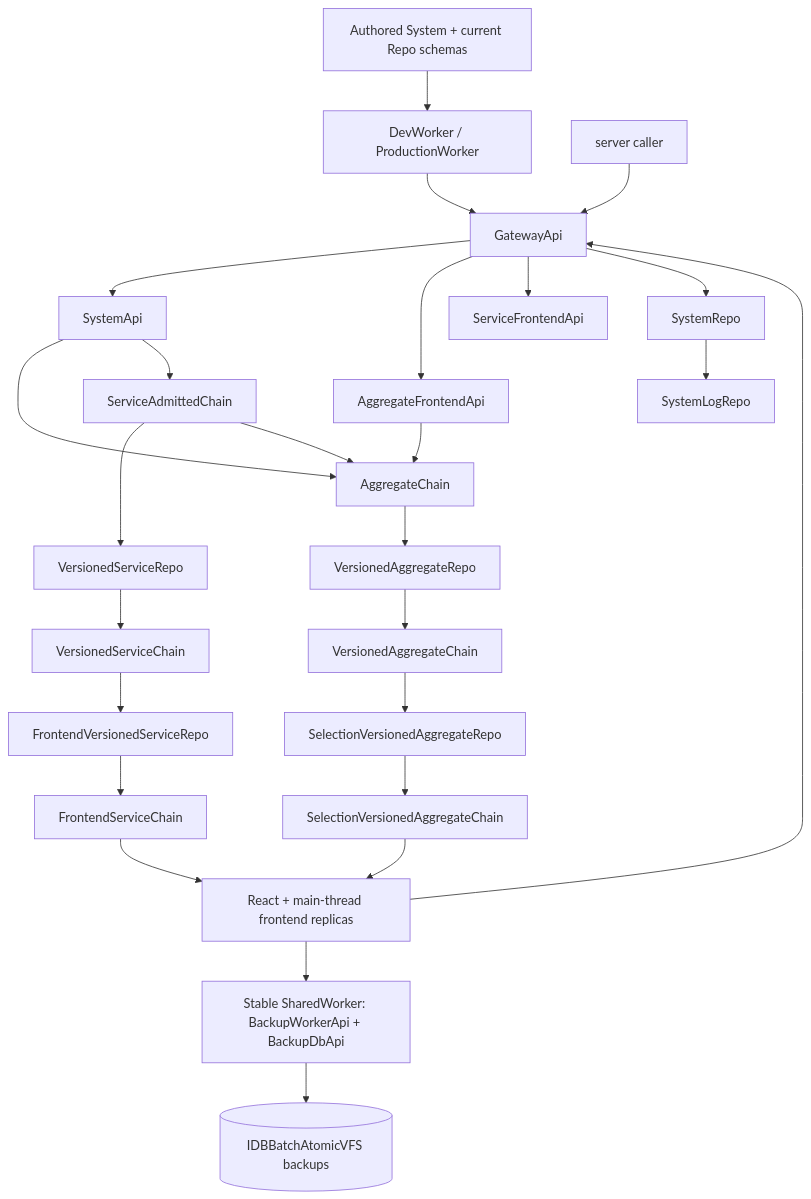
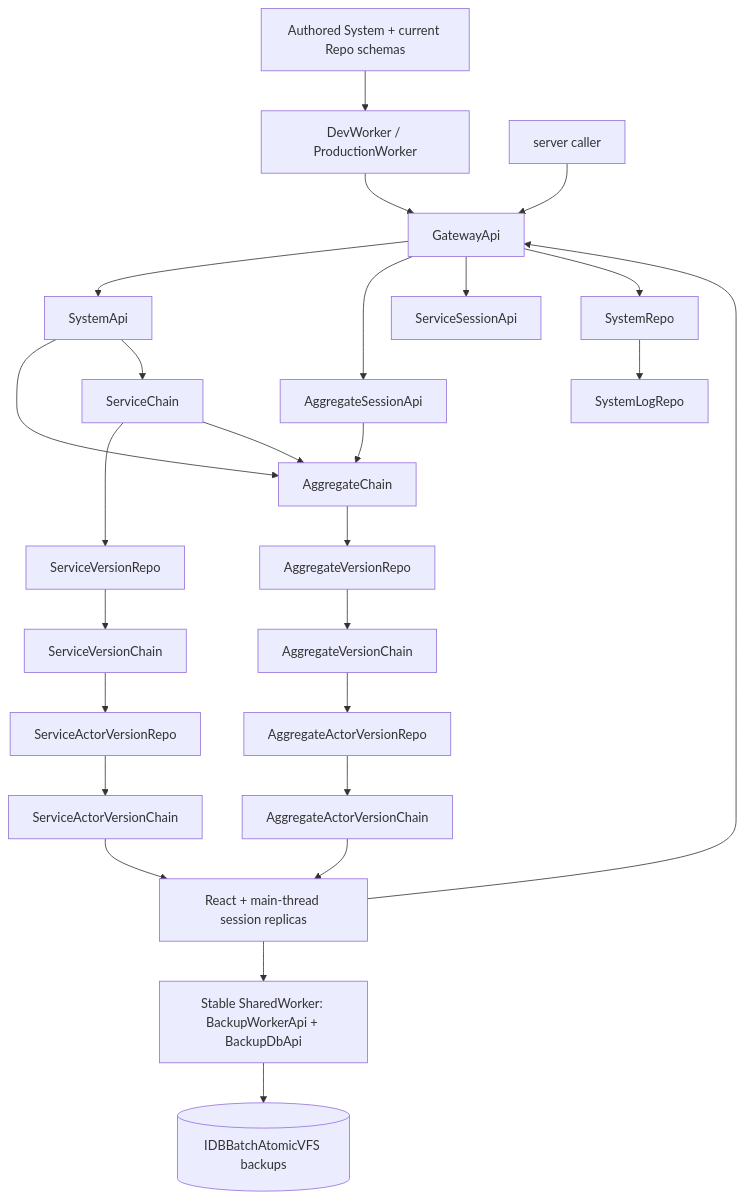
One commit to morgs32/qrk.sh changed the diagram in wiki/overview.md. Above: the diagram before and after it, drawn with Mermaid. The commit also changed other lines of this file and 1714 other files, not shown here.

````diff
--- a/wiki/overview.md
+++ b/wiki/overview.md
@@ -18,32 +18,32 @@
 ```mermaid
 flowchart TB
   Source["Authored System + current Repo schemas"] --> Worker["DevWorker / ProductionWorker"]
-  Browser["React + main-thread frontend replicas"] --> Gateway[GatewayApi]
+  Browser["React + main-thread session replicas"] --> Gateway[GatewayApi]
   Browser --> BackupWorker["Stable SharedWorker: BackupWorkerApi + BackupDbApi"]
   BackupWorker --> IndexedDB[(IDBBatchAtomicVFS backups)]
   Operator["server caller"] --> Gateway
   Worker --> Gateway
   Gateway --> SystemApi
-  Gateway --> AggregateFrontendApi
-  Gateway --> ServiceFrontendApi
+  Gateway --> AggregateSessionApi
+  Gateway --> ServiceSessionApi
 
   SystemApi --> AggregateChain
-  SystemApi --> ServiceAdmittedChain
-  AggregateFrontendApi --> AggregateChain
+  SystemApi --> ServiceChain
+  AggregateSessionApi --> AggregateChain
 
-  AggregateChain --> VersionedAggregateRepo
-  ServiceAdmittedChain --> VersionedServiceRepo
-  ServiceAdmittedChain --> AggregateChain
-  VersionedAggregateRepo --> VersionedAggregateChain
-  VersionedAggregateChain --> SelectionVersionedAggregateRepo
-  VersionedServiceRepo --> VersionedServiceChain
-  VersionedServiceChain --> FrontendVersionedServiceRepo
+  AggregateChain --> AggregateVersionRepo
+  ServiceChain --> ServiceVersionRepo
+  ServiceChain --> AggregateChain
+  AggregateVersionRepo --> AggregateVersionChain
+  AggregateVersionChain --> AggregateActorVersionRepo
+  ServiceVersionRepo --> ServiceVersionChain
+  ServiceVersionChain --> ServiceActorVersionRepo
 
-  SelectionVersionedAggregateRepo --> SelectionVersionedAggregateChain
-  FrontendVersionedServiceRepo --> FrontendServiceChain
-  SelectionVersionedAggregateChain --> Browser
-  FrontendServiceChain --> Browser
+  AggregateActorVersionRepo --> AggregateActorVersionChain
+  ServiceActorVersionRepo --> ServiceActorVersionChain
+  AggregateActorVersionChain --> Browser
+  ServiceActorVersionChain --> Browser
 
   Gateway --> SystemRepo
   SystemRepo --> SystemLogRepo
 ```
````
